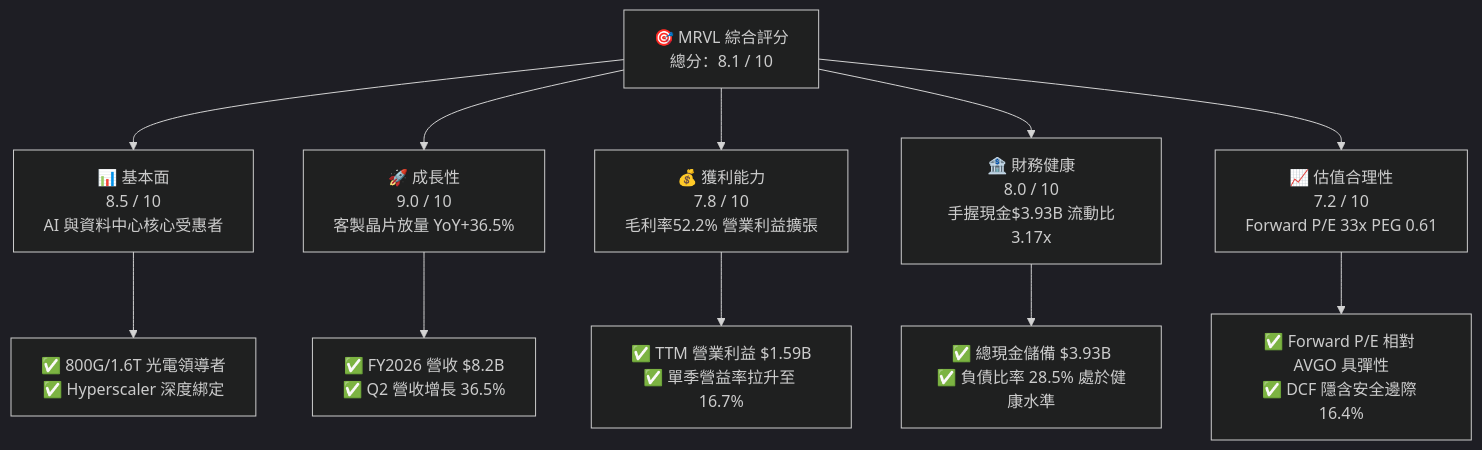
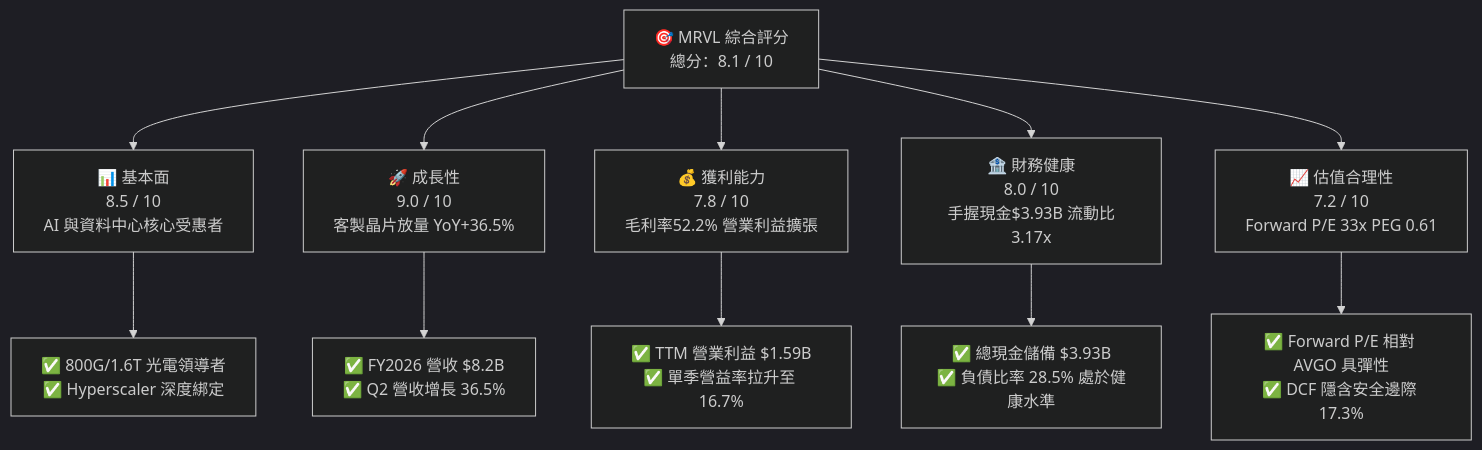
Before and after one commit to yennanliu/finance_data: the first of 15 diagrams in ai_gen_report/fundamental/mrvl/fundamental_analysis_2026-10-16_gemini.md, drawn with Mermaid (dark theme). The commit also changed other lines of this file and 339 other files, not shown here.

````diff
--- a/ai_gen_report/fundamental/mrvl/fundamental_analysis_2026-10-16_gemini.md
+++ b/ai_gen_report/fundamental/mrvl/fundamental_analysis_2026-10-16_gemini.md
@@ -58,22 +65,22 @@
 ```mermaid
 graph TD
     TICKER["🎯 MRVL 綜合評分<br/>總分：8.1 / 10"]
 
     F["📊 基本面<br/>8.5 / 10<br/>AI 與資料中心核心受惠者"]
     G["🚀 成長性<br/>9.0 / 10<br/>客製晶片放量 YoY+36.5%"]
     P["💰 獲利能力<br/>7.8 / 10<br/>毛利率52.2% 營業利益擴張"]
     B["🏦 財務健康<br/>8.0 / 10<br/>手握現金$3.93B 流動比3.17x"]
     V["📈 估值合理性<br/>7.2 / 10<br/>Forward P/E 33x PEG 0.61"]
 
     TICKER --> F
     TICKER --> G
     TICKER --> P
     TICKER --> B
     TICKER --> V
 
     F --> F1["✅ 800G/1.6T 光電領導者<br/>✅ Hyperscaler 深度綁定"]
     G --> G1["✅ FY2026 營收 $8.2B<br/>✅ Q2 營收增長 36.5%"]
     P --> P1["✅ TTM 營業利益 $1.59B<br/>✅ 單季營益率拉升至 16.7%"]
     B --> B1["✅ 總現金儲備 $3.93B<br/>✅ 負債比率 28.5% 處於健康水準"]
-    V --> V1["✅ Forward P/E 相對 AVGO 具彈性<br/>✅ DCF 隱含安全邊際 16.4%"]
+    V --> V1["✅ Forward P/E 相對 AVGO 具彈性<br/>✅ DCF 隱含安全邊際 17.3%"]
 ```
````
